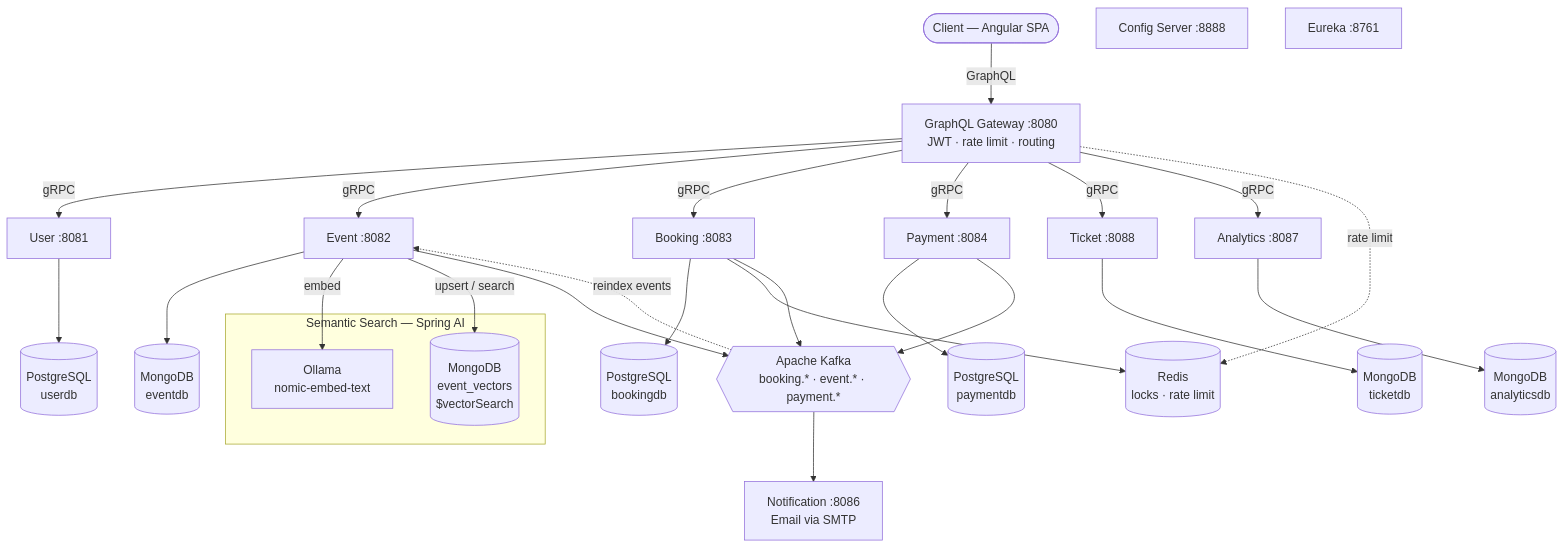
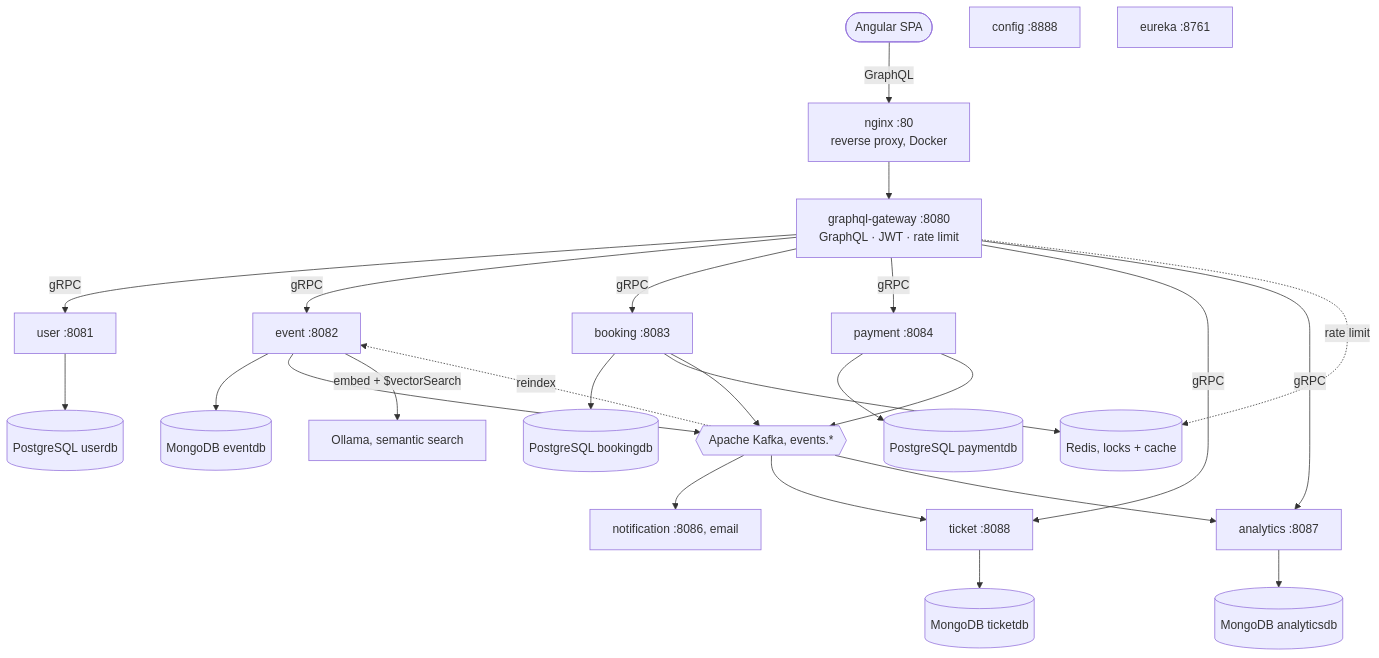
The diagram in README.md (CRV96/booking_platform), drawn with Mermaid before and after one commit. The commit also changed other lines of this file and 5 other files, not shown here.

````diff
--- a/README.md
+++ b/README.md
@@ -7,39 +9,36 @@
 ```mermaid
 flowchart TB
-    Client(["Client — Angular SPA"])
-    GW["GraphQL Gateway :8080<br/>JWT · rate limit · routing"]
-    Client -->|GraphQL| GW
+    Client(["Angular SPA"])
+    NGINX["nginx :80<br/>reverse proxy, Docker"]
+    GW["graphql-gateway :8080<br/>GraphQL · JWT · rate limit"]
+    Client -->|GraphQL| NGINX --> GW
 
-    GW -->|gRPC| USER["User :8081"]
-    GW -->|gRPC| EVENT["Event :8082"]
-    GW -->|gRPC| BOOK["Booking :8083"]
-    GW -->|gRPC| PAY["Payment :8084"]
-    GW -->|gRPC| TICK["Ticket :8088"]
-    GW -->|gRPC| ANAL["Analytics :8087"]
+    GW -->|gRPC| USER["user :8081"]
+    GW -->|gRPC| EVENT["event :8082"]
+    GW -->|gRPC| BOOK["booking :8083"]
+    GW -->|gRPC| PAY["payment :8084"]
+    GW -->|gRPC| TICK["ticket :8088"]
+    GW -->|gRPC| ANAL["analytics :8087"]
 
-    USER --> UDB[("PostgreSQL<br/>userdb")]
-    EVENT --> EDB[("MongoDB<br/>eventdb")]
-    BOOK --> BDB[("PostgreSQL<br/>bookingdb")]
-    PAY --> PDB[("PostgreSQL<br/>paymentdb")]
-    TICK --> TDB[("MongoDB<br/>ticketdb")]
-    ANAL --> ADB[("MongoDB<br/>analyticsdb")]
-    BOOK --> REDIS[("Redis<br/>locks · rate limit")]
+    USER --> UDB[("PostgreSQL userdb")]
+    EVENT --> EDB[("MongoDB eventdb")]
+    BOOK --> BDB[("PostgreSQL bookingdb")]
+    PAY --> PDB[("PostgreSQL paymentdb")]
+    TICK --> TDB[("MongoDB ticketdb")]
+    ANAL --> ADB[("MongoDB analyticsdb")]
+    BOOK --> REDIS[("Redis, locks + cache")]
     GW -.->|rate limit| REDIS
 
-    subgraph SS["Semantic Search — Spring AI"]
-        OLLAMA["Ollama<br/>nomic-embed-text"]
-        VEC[("MongoDB<br/>event_vectors<br/>$vectorSearch")]
-    end
-    EVENT -->|embed| OLLAMA
-    EVENT -->|upsert / search| VEC
-
-    KAFKA{{"Apache Kafka<br/>booking.* · event.* · payment.*"}}
+    KAFKA{{"Apache Kafka, events.*"}}
     BOOK --> KAFKA
     EVENT --> KAFKA
     PAY --> KAFKA
-    KAFKA --> NOTIF["Notification :8086<br/>Email via SMTP"]
-    KAFKA -.->|reindex events| EVENT
+    KAFKA --> NOTIF["notification :8086, email"]
+    KAFKA --> TICK
+    KAFKA --> ANAL
+    KAFKA -.->|reindex| EVENT
 
-    CONFIG["Config Server :8888"]
-    EUREKA["Eureka :8761"]
+    EVENT -->|embed + $vectorSearch| OLLAMA["Ollama, semantic search"]
+    CONFIG["config :8888"]
+    EUREKA["eureka :8761"]
 ```
````
